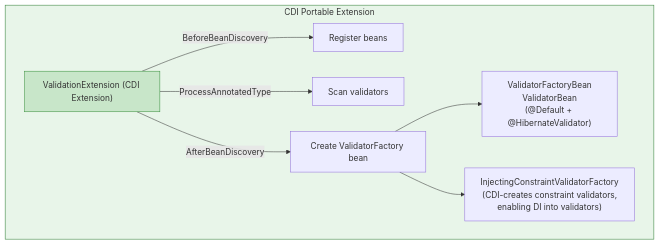
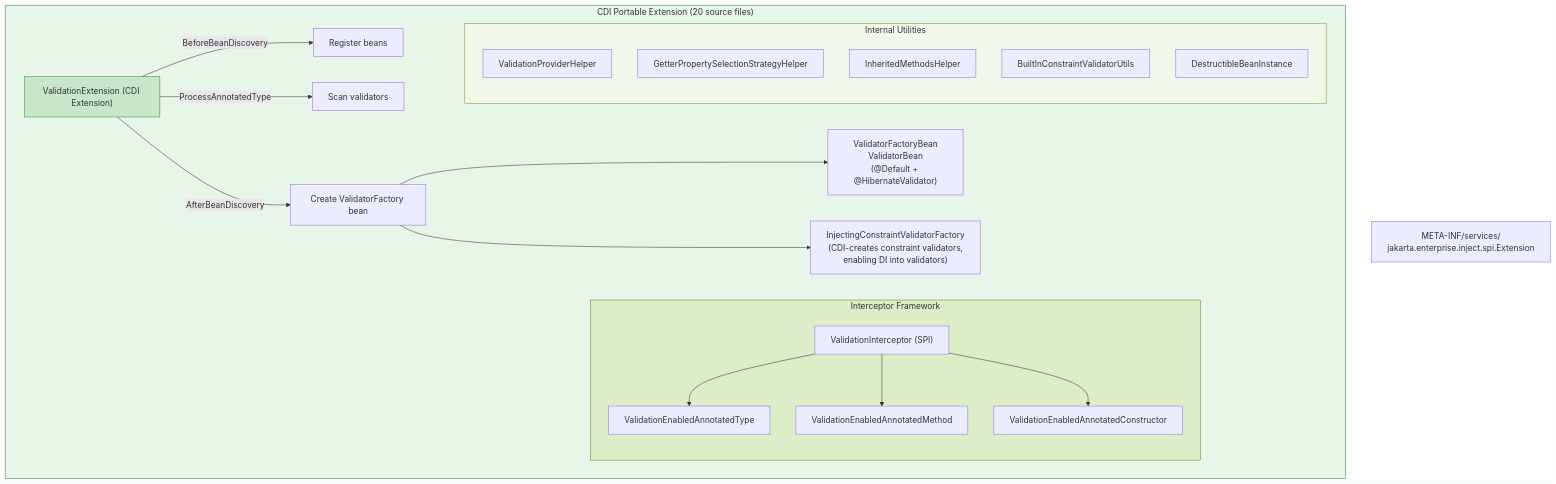
The second of 5 diagrams in extensions/bean-validator/docs/architecture-hibernate-validator.md (jakartaredhat/quarkus-bv), drawn with Mermaid before and after one commit. The commit also changed other lines of this file and 4 other files, not shown here.

````diff
--- a/extensions/bean-validator/docs/architecture-hibernate-validator.md
+++ b/extensions/bean-validator/docs/architecture-hibernate-validator.md
@@ -102,18 +155,38 @@
 ```mermaid
 graph TB
-    subgraph CDI["CDI Portable Extension"]
+    subgraph CDI["CDI Portable Extension (20 source files)"]
         VE["ValidationExtension (CDI Extension)"]
         VE -->|BeforeBeanDiscovery| RB["Register beans"]
         VE -->|ProcessAnnotatedType| SV["Scan validators"]
         VE -->|AfterBeanDiscovery| CVF["Create ValidatorFactory bean"]
 
         VFB["ValidatorFactoryBean<br/>ValidatorBean<br/>(@Default + @HibernateValidator)"]
         ICVF["InjectingConstraintValidatorFactory<br/>(CDI-creates constraint validators,<br/>enabling DI into validators)"]
 
         CVF --> VFB
         CVF --> ICVF
+
+        subgraph INTERCEPT["Interceptor Framework"]
+            VIS["ValidationInterceptor (SPI)"]
+            VEAT["ValidationEnabledAnnotatedType"]
+            VEAM["ValidationEnabledAnnotatedMethod"]
+            VEAC["ValidationEnabledAnnotatedConstructor"]
+            VIS --> VEAT & VEAM & VEAC
+        end
+
+        subgraph INTERNAL["Internal Utilities"]
+            VPH["ValidationProviderHelper"]
+            GPSH["GetterPropertySelectionStrategyHelper"]
+            IMH["InheritedMethodsHelper"]
+            BCVU["BuiltInConstraintValidatorUtils"]
+            DBI["DestructibleBeanInstance"]
+        end
     end
+
+    SVCFILE["META-INF/services/<br/>jakarta.enterprise.inject.spi.Extension"]
 
     style CDI fill:#e8f5e9,stroke:#2E7D32
     style VE fill:#c8e6c9,stroke:#388E3C
+    style INTERCEPT fill:#dcedc8,stroke:#558B2F
+    style INTERNAL fill:#f1f8e9,stroke:#689F38
 ```
````
